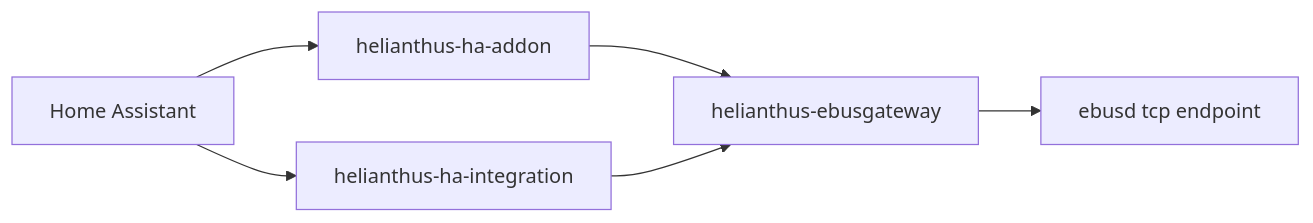
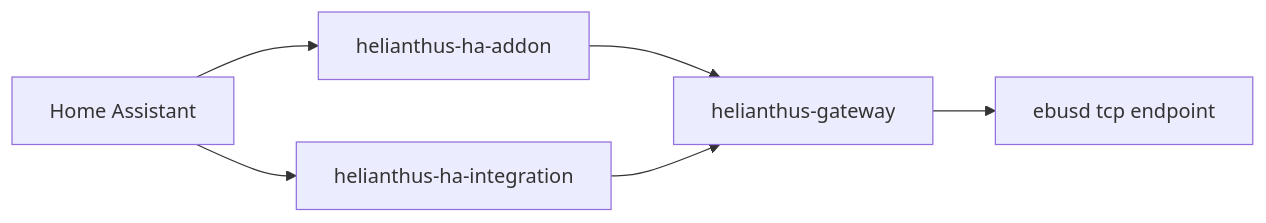
One commit to Project-Helianthus/helianthus-docs-ebus changed the diagram in development/end-to-end-smoke.md. Above: the diagram before and after it, drawn with Mermaid. The commit also changed other lines of this file and 467 other files, not shown here.

````diff
--- a/development/end-to-end-smoke.md
+++ b/development/end-to-end-smoke.md
@@ -7,14 +7,14 @@
 ```mermaid
 flowchart LR
   HA[Home Assistant]
   ADDON[helianthus-ha-addon]
-  GATEWAY[helianthus-ebusgateway]
+  GATEWAY[helianthus-gateway]
   EBUSD[ebusd tcp endpoint]
   INTEGRATION[helianthus-ha-integration]
 
   HA --> ADDON
   ADDON --> GATEWAY
   GATEWAY --> EBUSD
   INTEGRATION --> GATEWAY
   HA --> INTEGRATION
 ```
````
